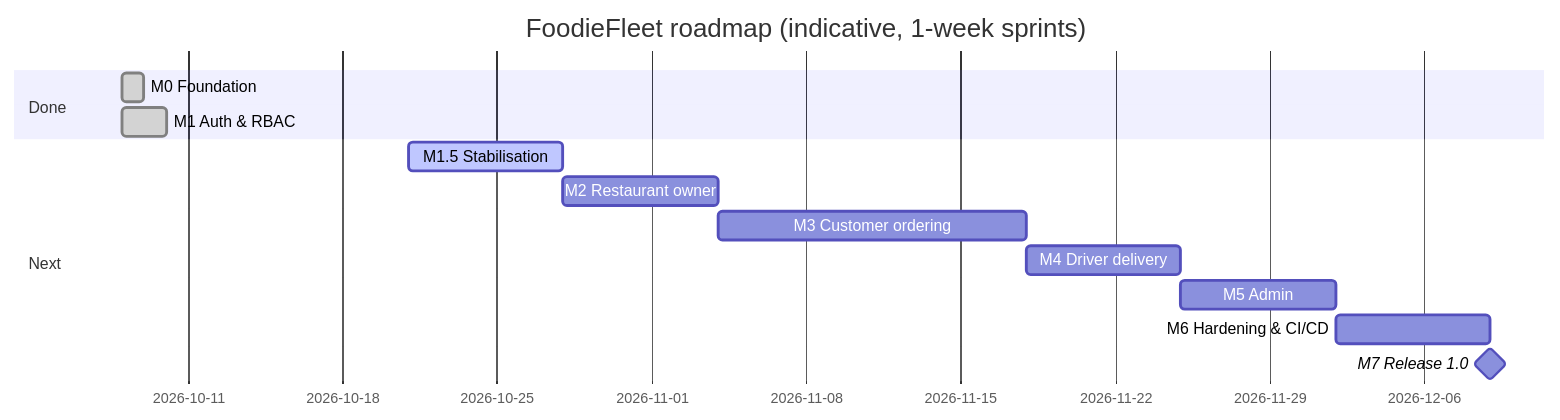
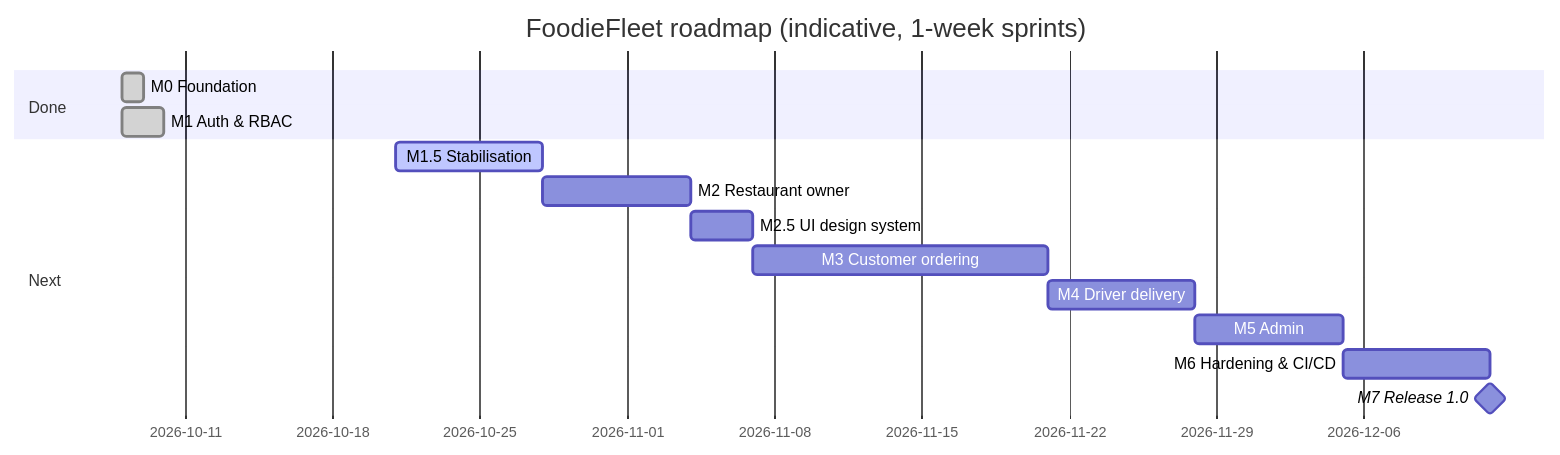
Before and after one commit to jiiitiro/foodie-fleet-app: the diagram in SDLC.md, drawn with Mermaid. The commit also changed other lines of this file and 34 other files, not shown here.

First line of the commit message:
feat(ui): M2.5 Tailwind CSS design system with shared Thymeleaf layouts

````diff
--- a/SDLC.md
+++ b/SDLC.md
@@ -106,16 +107,17 @@
 ```mermaid
 gantt
     dateFormat  YYYY-MM-DD
     title FoodieFleet roadmap (indicative, 1-week sprints)
     section Done
     M0 Foundation              :done,    m0, 2026-10-08, 1d
     M1 Auth & RBAC             :done,    m1, 2026-10-08, 2d
     section Next
     M1.5 Stabilisation         :active,  m15, 2026-10-21, 7d
     M2 Restaurant owner        :         m2, after m15, 7d
-    M3 Customer ordering       :         m3, after m2, 14d
+    M2.5 UI design system      :         m25, after m2, 3d
+    M3 Customer ordering       :         m3, after m25, 14d
     M4 Driver delivery         :         m4, after m3, 7d
     M5 Admin                   :         m5, after m4, 7d
     M6 Hardening & CI/CD       :         m6, after m5, 7d
     M7 Release 1.0             :milestone, m7, after m6, 0d
 ```
````
